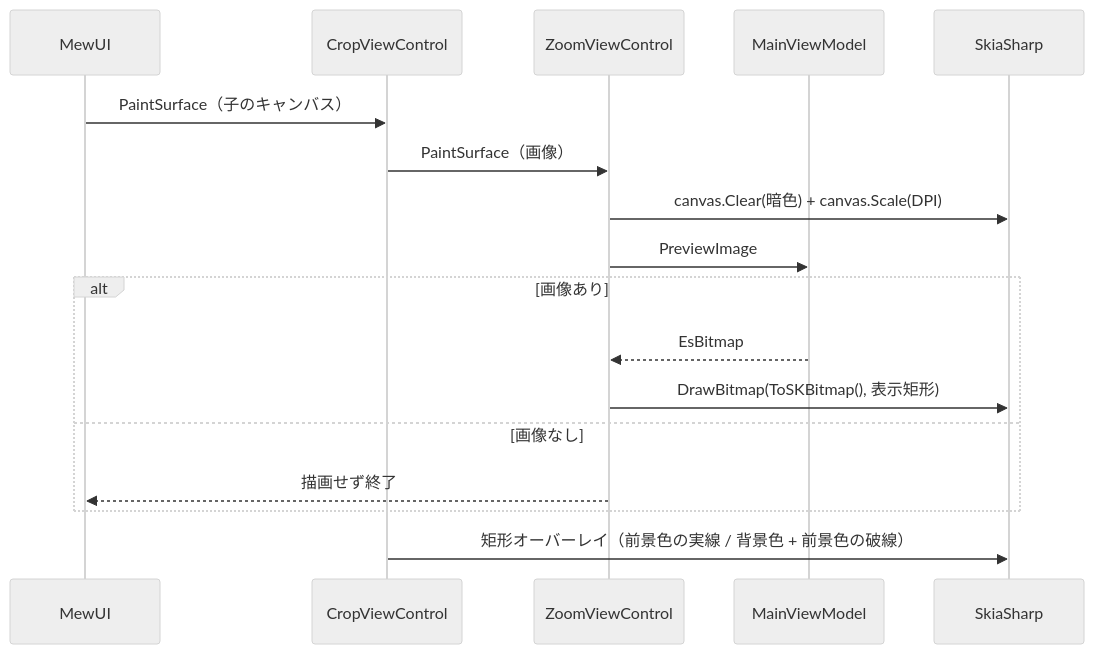
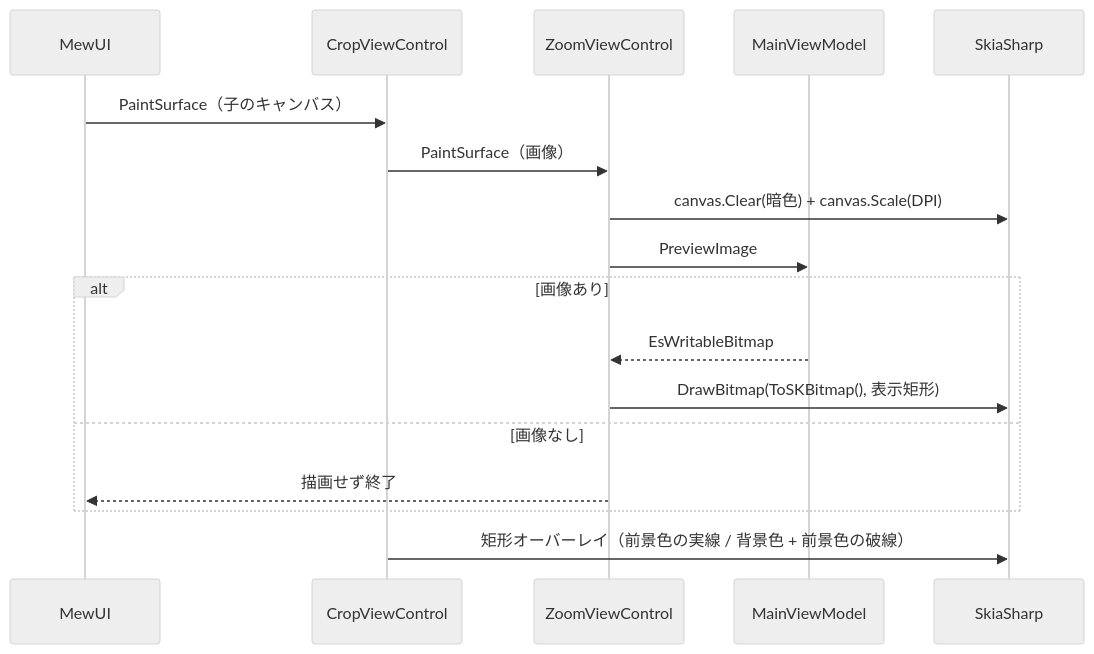
Diagram 11 of 12 in src/App.MewUI/docs/SPEC_System.md (tomokuni/SaveEvidence), drawn with Mermaid (neutral theme) before and after one commit. The commit also changed other lines of this file and 33 other files, not shown here.

````diff
--- a/src/App.MewUI/docs/SPEC_System.md
+++ b/src/App.MewUI/docs/SPEC_System.md
@@ -555,20 +555,20 @@
 ```mermaid
 sequenceDiagram
     participant MW as MewUI
     participant CV as CropViewControl
     participant ZV as ZoomViewControl
     participant VM as MainViewModel
     participant SK as SkiaSharp
 
     MW->>CV: PaintSurface（子のキャンバス）
     CV->>ZV: PaintSurface（画像）
     ZV->>SK: canvas.Clear(暗色) + canvas.Scale(DPI)
     ZV->>VM: PreviewImage
     alt 画像あり
-        VM-->>ZV: EsBitmap
+        VM-->>ZV: EsWritableBitmap
         ZV->>SK: DrawBitmap(ToSKBitmap(), 表示矩形)
     else 画像なし
         ZV-->>MW: 描画せず終了
     end
     CV->>SK: 矩形オーバーレイ（前景色の実線 / 背景色 + 前景色の破線）
 ```
````
